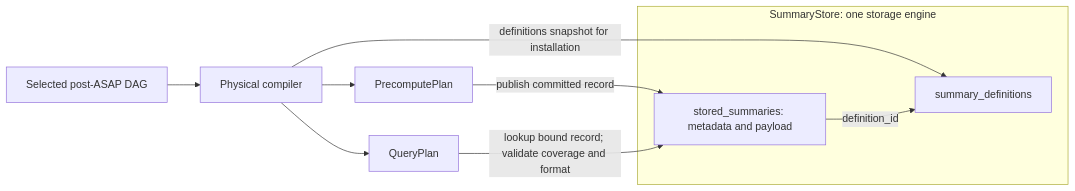
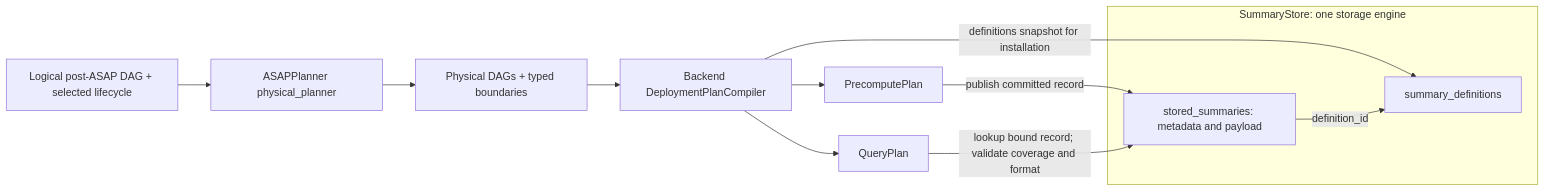
One commit to ProjectASAP/ASAPQuery-backend changed the diagram in docs/design_docs/asapplanner-integration.md. Above: the diagram before and after it, drawn with Mermaid. The commit also changed other lines of this file and 1 other file, not shown here.

Commit message:
docs: separate Planner physical computation from backend deployment

````diff
--- a/docs/design_docs/asapplanner-integration.md
+++ b/docs/design_docs/asapplanner-integration.md
@@ -48,14 +60,16 @@
 ```mermaid
 flowchart LR
-  D[Selected post-ASAP DAG] --> C[Physical compiler]
+  L[Logical post-ASAP DAG + selected lifecycle] --> PP[ASAPPlanner physical_planner]
+  PP --> D[Physical DAGs + typed boundaries]
+  D --> C[Backend DeploymentPlanCompiler]
   C --> P[PrecomputePlan]
   C --> Q[QueryPlan]
   C -->|definitions snapshot for installation| Def
   subgraph Store[SummaryStore: one storage engine]
     Def[summary_definitions]
     Rows[stored_summaries: metadata and payload]
     Rows -->|definition_id| Def
   end
   P -->|publish committed record| Rows
   Q -->|lookup bound record; validate coverage and format| Rows
 ```
````
